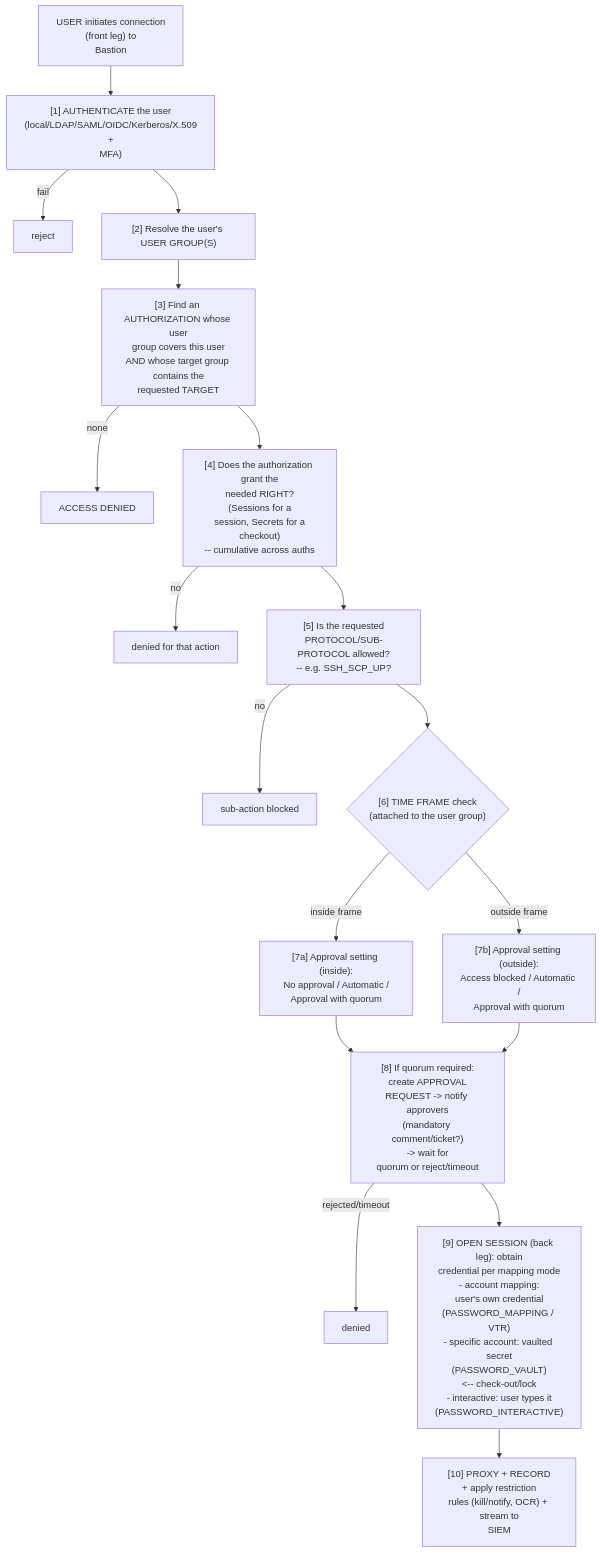
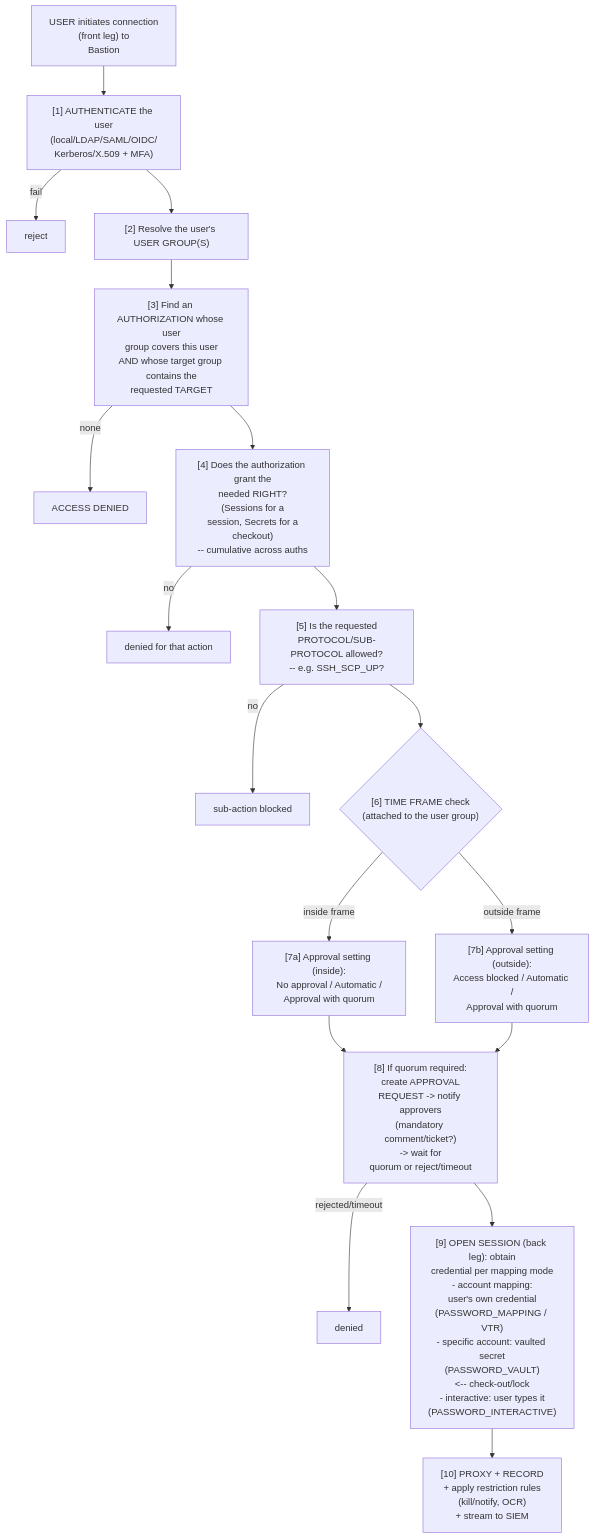
Before and after one commit to morandeirachema/WallixCerts: the third of 3 diagrams in certs/wallix/deep-dives/bastion-data-model.md, drawn with Mermaid. The commit also changed 8 other files, not shown here.

First line of the commit message:
Quality pass (no new topics): fix Mermaid orphans + harden the anchor checker

````diff
--- a/certs/wallix/deep-dives/bastion-data-model.md
+++ b/certs/wallix/deep-dives/bastion-data-model.md
@@ -230,20 +230,20 @@
 ```mermaid
 flowchart TD
     Start["USER initiates connection<br/>(front leg) to<br/>Bastion"] --> S1
-    S1["[1] AUTHENTICATE the user<br/>(local/LDAP/SAML/OIDC/Kerberos/X.509<br/>+<br/>MFA)"] -->|"fail"| Reject["reject"]
+    S1["[1] AUTHENTICATE the user<br/>(local/LDAP/SAML/OIDC/<br/>Kerberos/X.509 + MFA)"] -->|"fail"| Reject["reject"]
     S1 --> S2["[2] Resolve the user's USER GROUP(S)"]
     S2 --> S3["[3] Find an AUTHORIZATION whose user<br/>group covers this user<br/>AND whose target group contains the<br/>requested TARGET"]
     S3 -->|"none"| Denied["ACCESS DENIED"]
     S3 --> S4["[4] Does the authorization grant the<br/>needed RIGHT?<br/>(Sessions for a<br/>session, Secrets for a<br/>checkout)<br/>-- cumulative across auths"]
     S4 -->|"no"| DeniedAction["denied for that action"]
     S4 --> S5["[5] Is the requested<br/>PROTOCOL/SUB-PROTOCOL allowed?<br/>-- e.g. SSH_SCP_UP?"]
     S5 -->|"no"| Blocked["sub-action blocked"]
     S5 --> S6{"[6] TIME FRAME check<br/>(attached to the user group)"}
     S6 -->|"inside frame"| S7a["[7a] Approval setting (inside):<br/>No approval / Automatic /<br/>Approval with quorum"]
     S6 -->|"outside frame"| S7b["[7b] Approval setting (outside):<br/>Access blocked / Automatic /<br/>Approval with quorum"]
     S7a --> S8["[8] If quorum required:<br/>create APPROVAL<br/>REQUEST -> notify approvers<br/>(mandatory comment/ticket?)<br/>-> wait for<br/>quorum or reject/timeout"]
     S7b --> S8
     S8 -->|"rejected/timeout"| DeniedReq["denied"]
     S8 --> S9["[9] OPEN SESSION (back leg): obtain<br/>credential per mapping mode<br/>- account mapping:<br/>user's own credential<br/>(PASSWORD_MAPPING / VTR)<br/>- specific account: vaulted secret<br/>(PASSWORD_VAULT)<br/>&lt;-- check-out/lock<br/>- interactive: user types it<br/>(PASSWORD_INTERACTIVE)"]
-    S9 --> S10["[10] PROXY + RECORD<br/>+ apply restriction<br/>rules (kill/notify, OCR) + stream to<br/>SIEM"]
+    S9 --> S10["[10] PROXY + RECORD<br/>+ apply restriction rules<br/>(kill/notify, OCR)<br/>+ stream to SIEM"]
 ```
````
